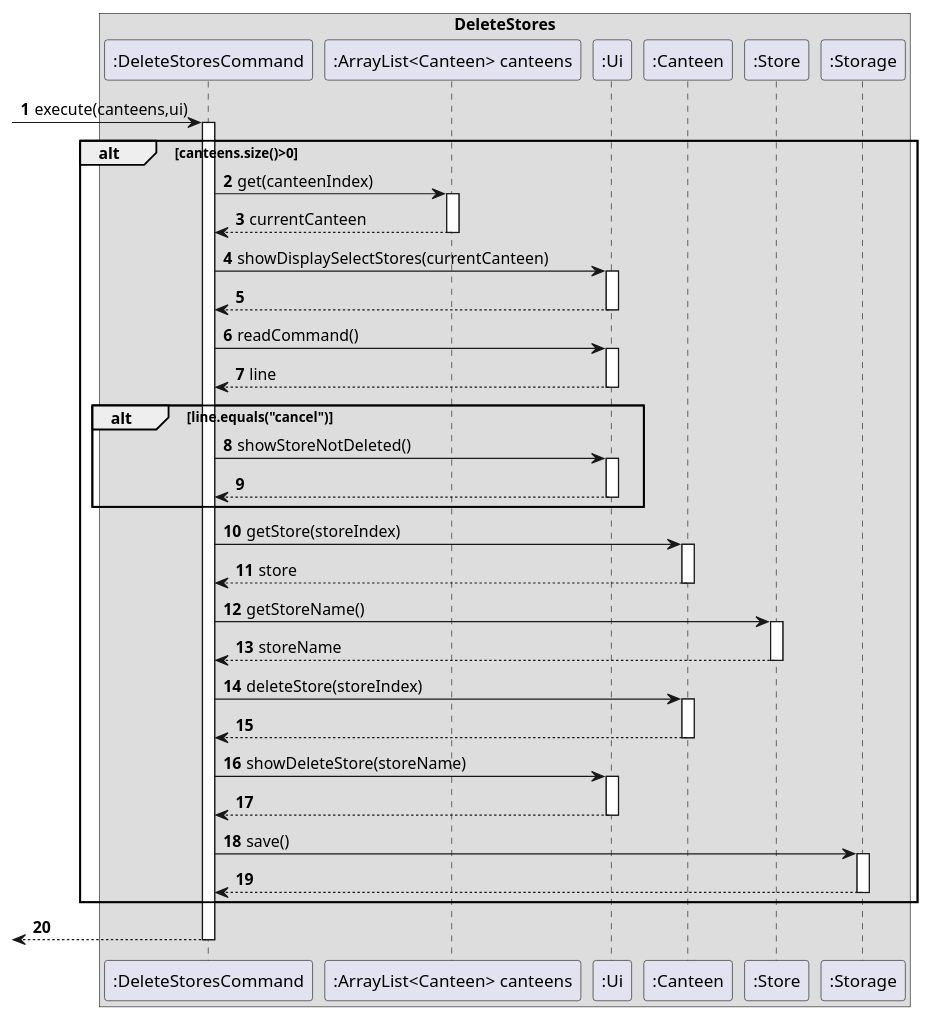
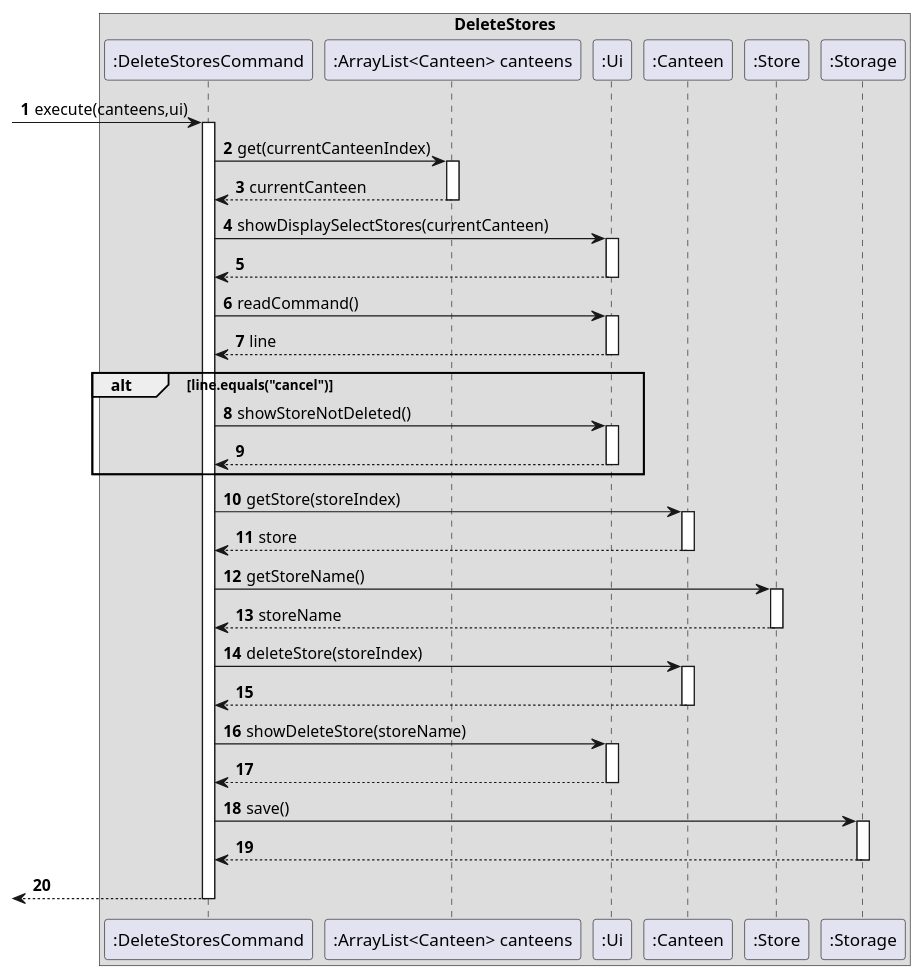
One commit to nus-cs2113-AY2021S2/tp changed the diagram in docs/PlantUML/DeleteStore.puml. Above: the diagram before and after it, drawn with PlantUML.

Commit message:
update sequence diagram for deleteStore

```diff
--- a/docs/PlantUML/DeleteStore.puml
+++ b/docs/PlantUML/DeleteStore.puml
@@ -1,52 +1,50 @@
 @startuml
 'https://plantuml.com/sequence-diagram
 
 autonumber
 box DeleteStores
 
 
 ->":DeleteStoresCommand": execute(canteens,ui)
 activate ":DeleteStoresCommand"
-alt canteens.size()>0
-    ":DeleteStoresCommand"->":ArrayList<Canteen> canteens":get(canteenIndex)
+    ":DeleteStoresCommand"->":ArrayList<Canteen> canteens":get(currentCanteenIndex)
     activate ":ArrayList<Canteen> canteens"
     ":ArrayList<Canteen> canteens"-->":DeleteStoresCommand":currentCanteen
     deactivate ":ArrayList<Canteen> canteens"
     ":DeleteStoresCommand"->":Ui":showDisplaySelectStores(currentCanteen)
     activate ":Ui"
     ":Ui"-->":DeleteStoresCommand"
     deactivate ":Ui"
     ":DeleteStoresCommand"->":Ui":readCommand()
     activate ":Ui"
     ":Ui"-->":DeleteStoresCommand":line
     deactivate ":Ui"
     alt line.equals("cancel")
         ":DeleteStoresCommand"->":Ui":showStoreNotDeleted()
         activate ":Ui"
         ":Ui"-->":DeleteStoresCommand"
         deactivate ":Ui"
     end
     ":DeleteStoresCommand"->":Canteen":getStore(storeIndex)
     activate ":Canteen"
     ":Canteen"-->":DeleteStoresCommand":store
     deactivate ":Canteen"
     ":DeleteStoresCommand"->":Store":getStoreName()
     activate ":Store"
     ":Store" --> ":DeleteStoresCommand": storeName
     deactivate ":Store"
     ":DeleteStoresCommand"->":Canteen":deleteStore(storeIndex)
     activate ":Canteen"
     ":Canteen"-->":DeleteStoresCommand"
     deactivate ":Canteen"
     ":DeleteStoresCommand"->":Ui":showDeleteStore(storeName)
     activate ":Ui"
     ":Ui"-->":DeleteStoresCommand"
     deactivate ":Ui"
     ":DeleteStoresCommand"->":Storage":save()
     activate ":Storage"
     ":Storage" -->":DeleteStoresCommand"
     deactivate ":Storage"
-end
 <--":DeleteStoresCommand"
 deactivate ":DeleteStoresCommand"
 @enduml
```
